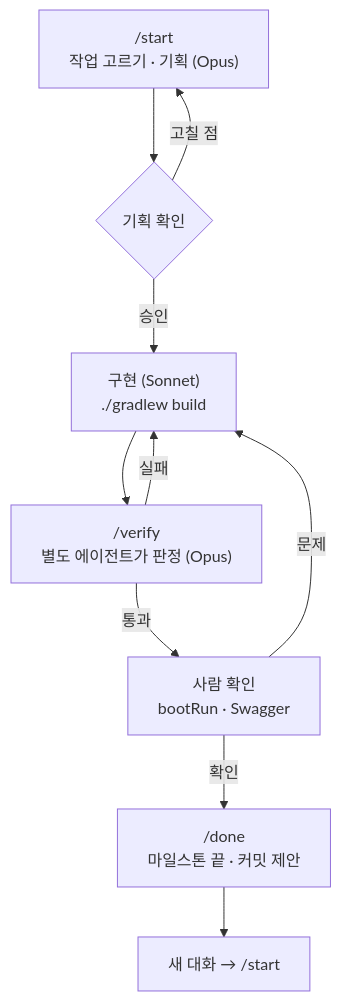
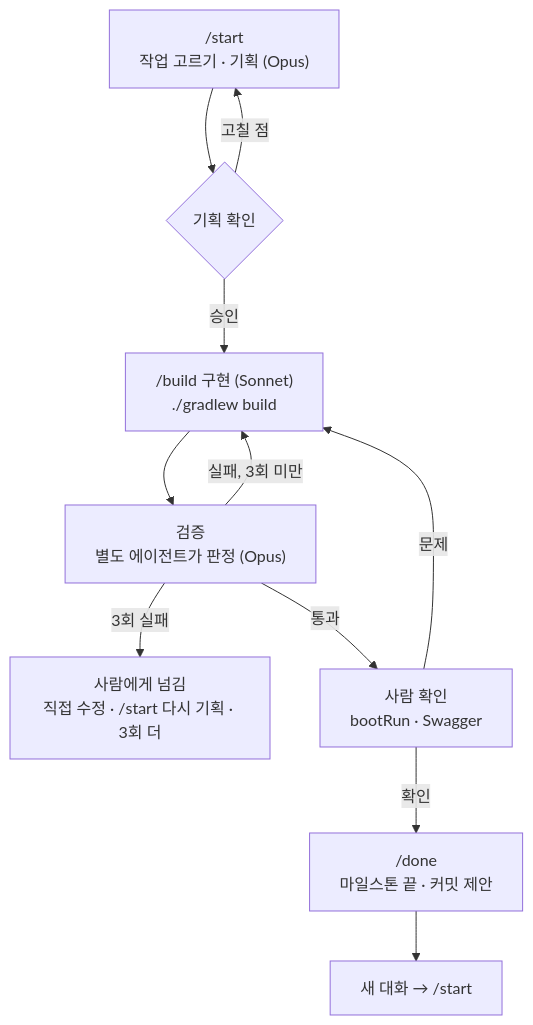
One commit to Jung-aejin/nyangmeong-backend changed the third of 4 diagrams in README.md. Above: the diagram before and after it, drawn with Mermaid. The commit also changed other lines of this file and 12 other files, not shown here.

````diff
--- a/README.md
+++ b/README.md
@@ -105,12 +105,13 @@
 ```mermaid
 flowchart TD
   S["/start<br/>작업 고르기 · 기획 (Opus)"] --> P{기획 확인}
   P -- 고칠 점 --> S
-  P -- 승인 --> I["구현 (Sonnet)<br/>./gradlew build"]
-  I --> V["/verify<br/>별도 에이전트가 판정 (Opus)"]
-  V -- 실패 --> I
+  P -- 승인 --> I["/build 구현 (Sonnet)<br/>./gradlew build"]
+  I --> V["검증<br/>별도 에이전트가 판정 (Opus)"]
+  V -- 실패, 3회 미만 --> I
+  V -- 3회 실패 --> X["사람에게 넘김<br/>직접 수정 · /start 다시 기획 · 3회 더"]
   V -- 통과 --> H["사람 확인<br/>bootRun · Swagger"]
   H -- 문제 --> I
   H -- 확인 --> D["/done<br/>마일스톤 끝 · 커밋 제안"]
   D --> N["새 대화 → /start"]
 ```
````
